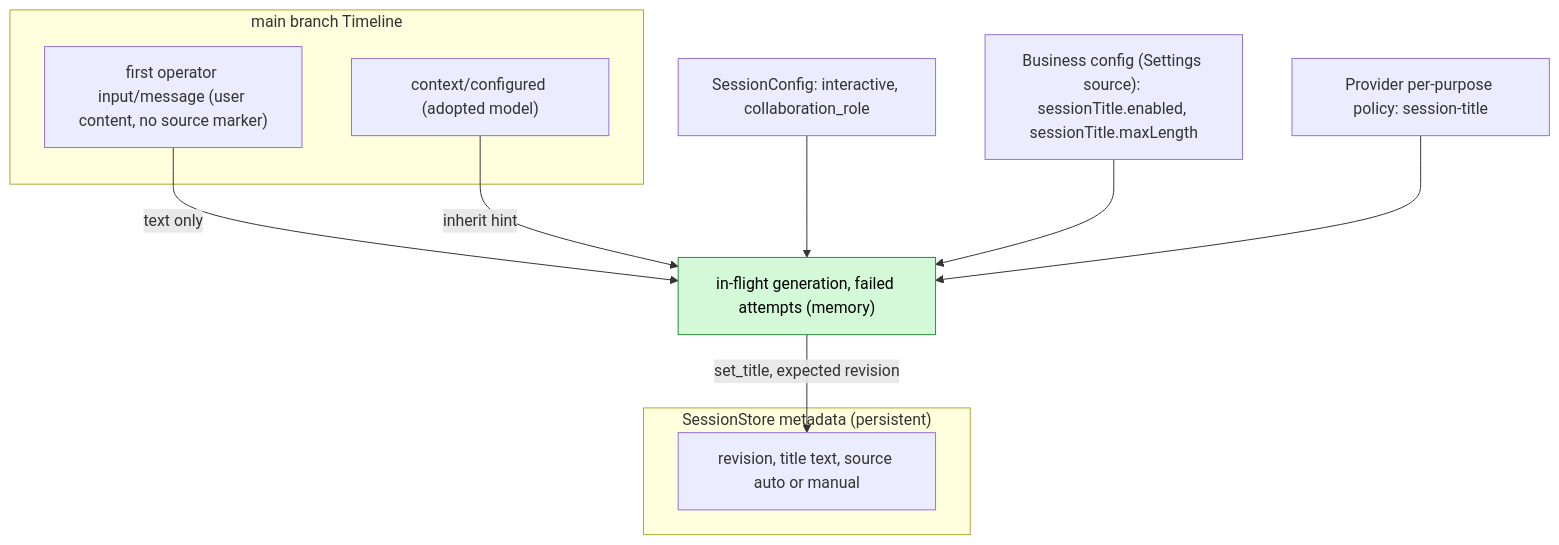
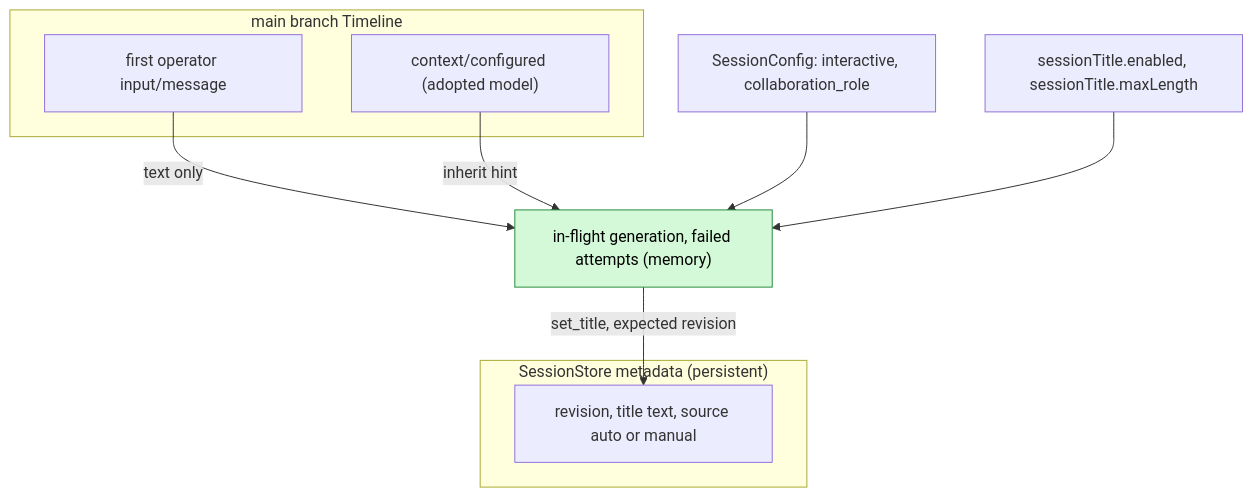
The second of 5 diagrams in docs/design/plugins/SessionTitle.md (CoutinhoTTS/dim-agent), drawn with Mermaid before and after one commit. The commit also changed other lines of this file and 3 other files, not shown here.

Commit message:
docs(design): rescope Web, SessionTitle, Notifications and Hooks per ADR 002

````diff
--- a/docs/design/plugins/SessionTitle.md
+++ b/docs/design/plugins/SessionTitle.md
@@ -43,21 +42,19 @@
 ```mermaid
 flowchart TB
   subgraph TLM["main branch Timeline"]
-    FUI["first operator input/message (user content, no source marker)"]
+    FUI["first operator input/message"]
     CC["context/configured (adopted model)"]
   end
   subgraph STORE["SessionStore metadata (persistent)"]
     MD["revision, title text, source auto or manual"]
   end
   CONF["SessionConfig: interactive, collaboration_role"]
-  CFG["Business config (Settings source): sessionTitle.enabled, sessionTitle.maxLength"]
-  POL["Provider per-purpose policy: session-title"]
+  CFG["sessionTitle.enabled, sessionTitle.maxLength"]
   MEM["in-flight generation, failed attempts (memory)"]:::new
   FUI -->|"text only"| MEM
   CC -->|"inherit hint"| MEM
   CONF --> MEM
   CFG --> MEM
-  POL --> MEM
   MEM -->|"set_title, expected revision"| MD
   classDef new fill:#d3f9d8,stroke:#2b8a3e,color:#000
 ```
````
